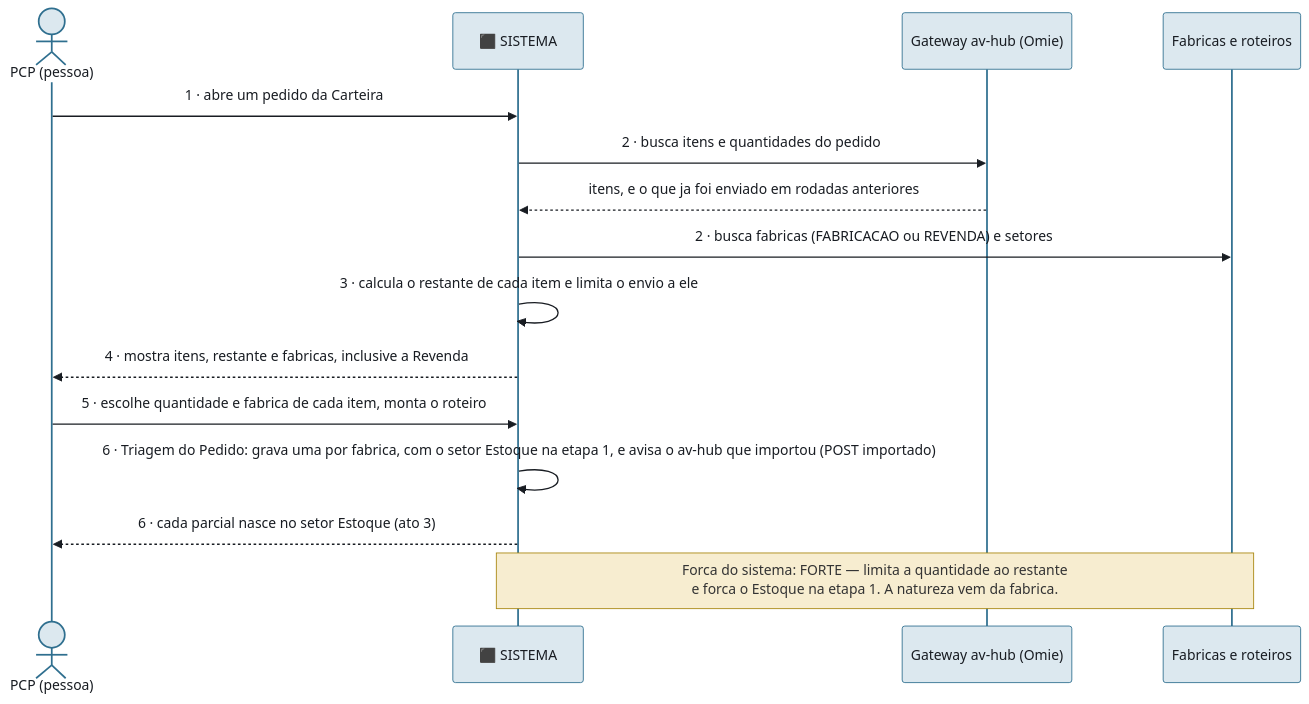
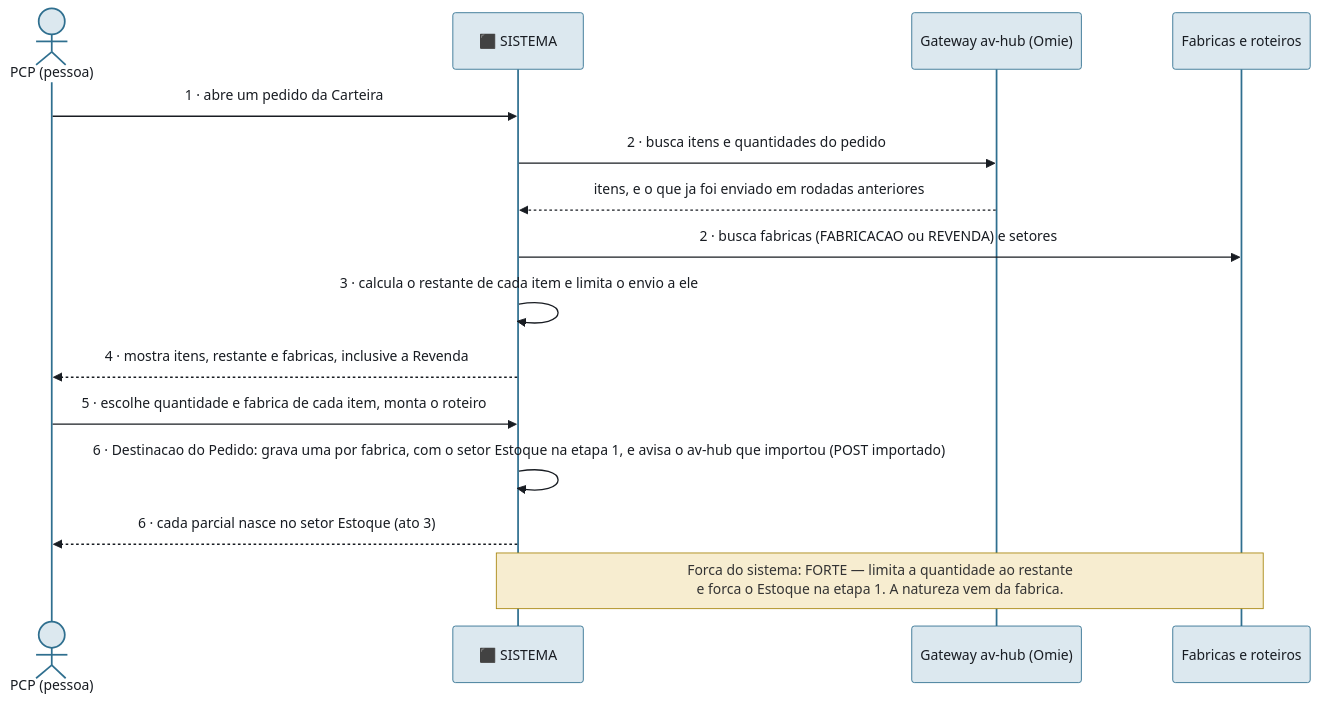
The first of 3 diagrams in 01-Fluxo-Operacional/Fluxo-Sistema-no-Meio.md (Acosvital/vault-avhub-mer), drawn with Mermaid before and after one commit. The commit also changed other lines of this file and 13 other files, not shown here.

First line of the commit message:
docs(vault): Triagem e Destinacao do Pedido; levantamento PCP legado x MES do Robert (29 lacunas)

````diff
--- a/01-Fluxo-Operacional/Fluxo-Sistema-no-Meio.md
+++ b/01-Fluxo-Operacional/Fluxo-Sistema-no-Meio.md
@@ -38,20 +38,20 @@
 ```mermaid
 %%{init: {'theme': 'base', 'themeVariables': {'primaryColor': '#ffffff', 'primaryTextColor': '#181c22', 'primaryBorderColor': '#33475a', 'lineColor': '#5c6570', 'fontFamily': 'Source Sans 3, sans-serif', 'fontSize': '14px', 'actorBkg': '#dce8ef', 'actorBorder': '#2f6f8f', 'noteBkgColor': '#f7edd0', 'noteBorderColor': '#a8860f'}}}%%
 sequenceDiagram
     actor PCP as PCP (pessoa)
     participant SIS as ⬛ SISTEMA
     participant GW as Gateway av-hub (Omie)
     participant FAB as Fabricas e roteiros
 
     PCP->>SIS: 1 · abre um pedido da Carteira
     SIS->>GW: 2 · busca itens e quantidades do pedido
     GW-->>SIS: itens, e o que ja foi enviado em rodadas anteriores
     SIS->>FAB: 2 · busca fabricas (FABRICACAO ou REVENDA) e setores
     SIS->>SIS: 3 · calcula o restante de cada item e limita o envio a ele
     SIS-->>PCP: 4 · mostra itens, restante e fabricas, inclusive a Revenda
     PCP->>SIS: 5 · escolhe quantidade e fabrica de cada item, monta o roteiro
-    SIS->>SIS: 6 · Triagem do Pedido: grava uma por fabrica, com o setor Estoque na etapa 1, e avisa o av-hub que importou (POST importado)
+    SIS->>SIS: 6 · Destinacao do Pedido: grava uma por fabrica, com o setor Estoque na etapa 1, e avisa o av-hub que importou (POST importado)
     SIS-->>PCP: 6 · cada parcial nasce no setor Estoque (ato 3)
 
     Note over SIS,FAB: Forca do sistema: FORTE — limita a quantidade ao restante<br/>e forca o Estoque na etapa 1. A natureza vem da fabrica.
 ```
````
